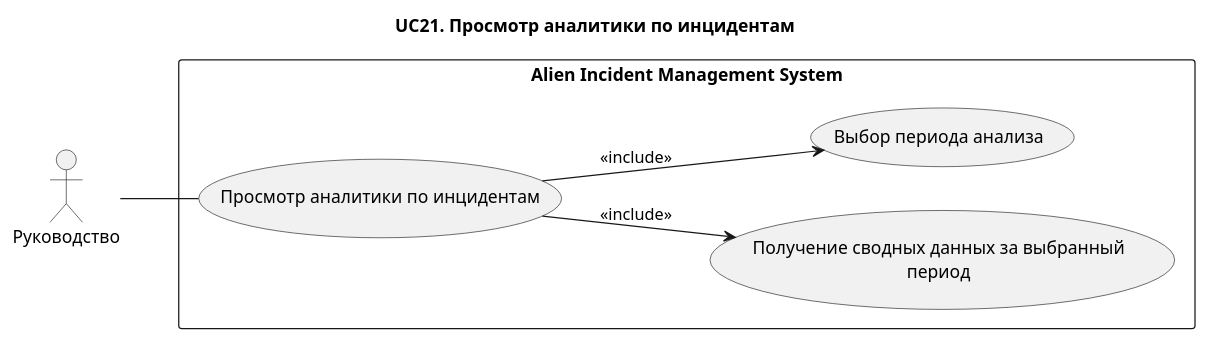
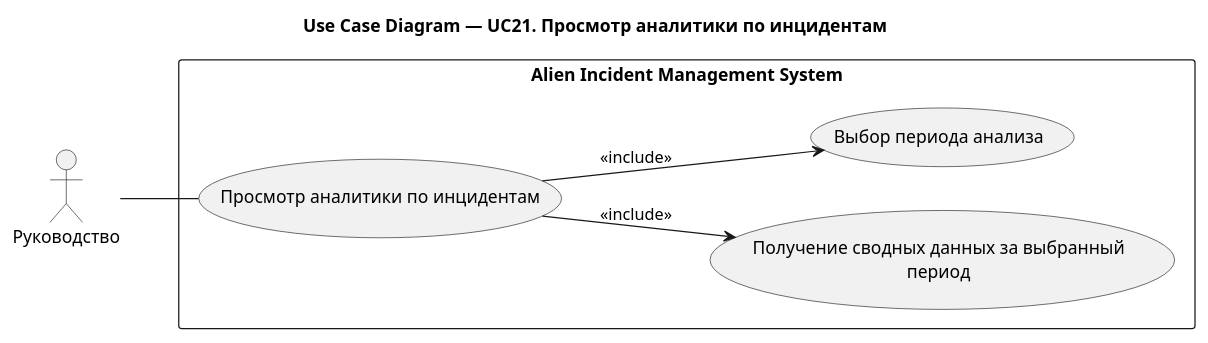
The diagram in docs/use-case/UC21.md (Andryss/AIMS), drawn with PlantUML before and after one commit. The commit also changed 31 other files, not shown here.

````diff
--- a/docs/use-case/UC21.md
+++ b/docs/use-case/UC21.md
@@ -5,23 +5,23 @@
 ```plantuml
 @startuml
-title UC21. Просмотр аналитики по инцидентам
+title Use Case Diagram — UC21. Просмотр аналитики по инцидентам
 left to right direction
 
 actor "Руководство" as Management
 
 rectangle "Alien Incident Management System" {
 
 (Просмотр аналитики по инцидентам) as UC11
 
 (Получение сводных данных за выбранный\nпериод) as UC115
 (Выбор периода анализа) as UC111
 
 }
 
 Management -- UC11
 
 UC11 --> UC111 : <<include>>
 UC11 --> UC115 : <<include>>
 
 @enduml
 ```
````
